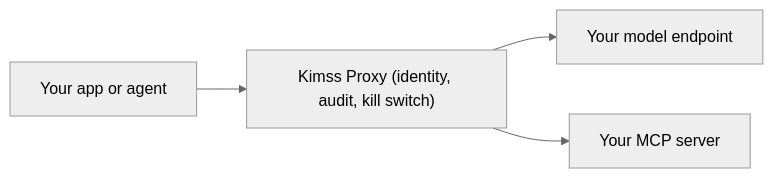
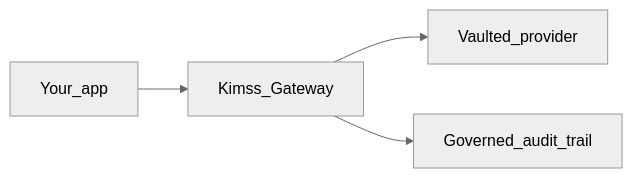
One commit to eyal81/kimss-java-sdk changed the diagram in README.md. Above: the diagram before and after it, drawn with Mermaid (neutral theme). The commit also changed other lines of this file and 13 other files, not shown here.

First line of the commit message:
Reposition public SDKs around OpenAI gateway proxy and A2A discovery.

````diff
--- a/README.md
+++ b/README.md
@@ -29,6 +28,6 @@
 ```mermaid
 flowchart LR
-  App[Your app or agent] --> Proxy["Kimss Proxy (identity, audit, kill switch)"]
-  Proxy --> Model[Your model endpoint]
-  Proxy --> Mcp[Your MCP server]
+  App[Your_app] --> GW["Kimss_Gateway"]
+  GW --> Model[Vaulted_provider]
+  GW --> Trail[Governed_audit_trail]
 ```
````
